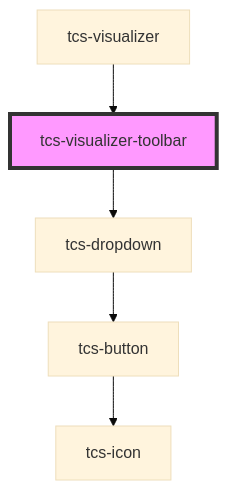
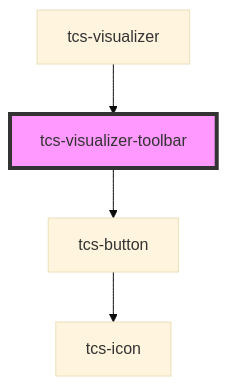
One commit to scribes-app/tei-component-suite changed the diagram in src/components/tcs-visualizer-toolbar/readme.md. Above: the diagram before and after it, drawn with Mermaid (base theme). The commit also changed other lines of this file and 10 other files, not shown here.

````diff
--- a/src/components/tcs-visualizer-toolbar/readme.md
+++ b/src/components/tcs-visualizer-toolbar/readme.md
@@ -34,8 +37,7 @@
 ```mermaid
 graph TD;
-  tcs-visualizer-toolbar --> tcs-dropdown
-  tcs-dropdown --> tcs-button
+  tcs-visualizer-toolbar --> tcs-button
   tcs-button --> tcs-icon
   tcs-visualizer --> tcs-visualizer-toolbar
   style tcs-visualizer-toolbar fill:#f9f,stroke:#333,stroke-width:4px
 ```
````
